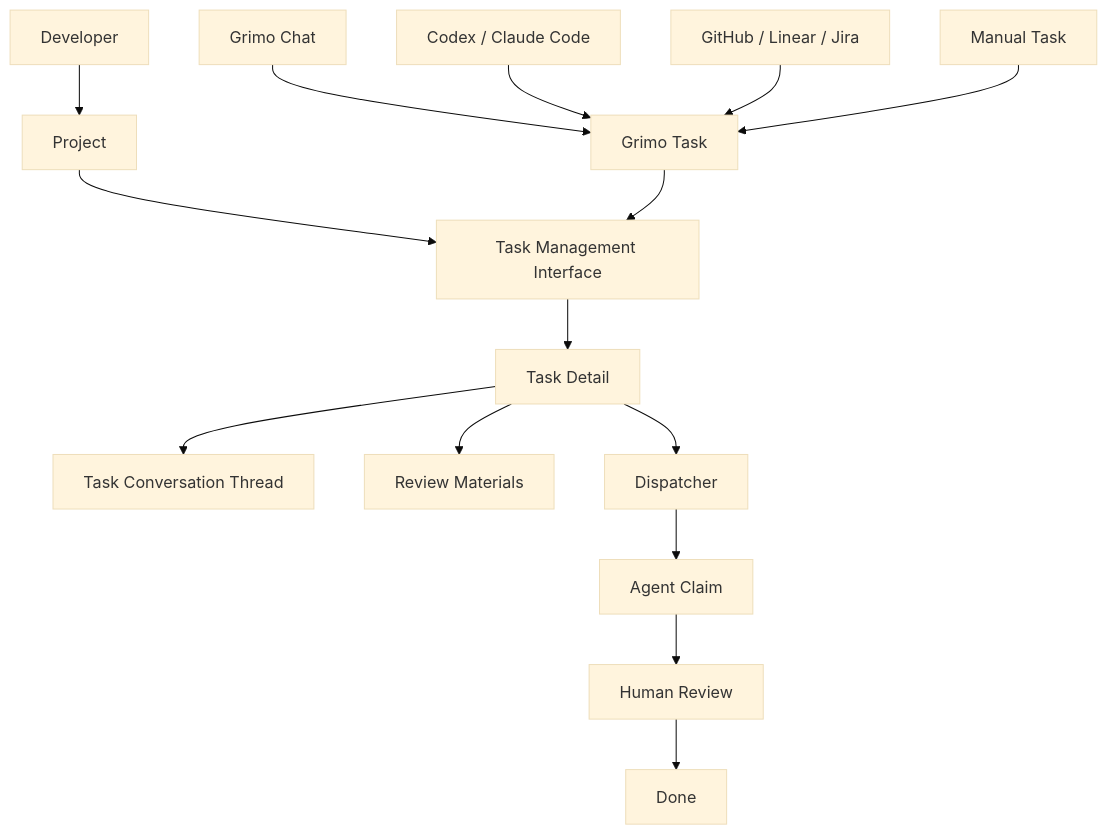
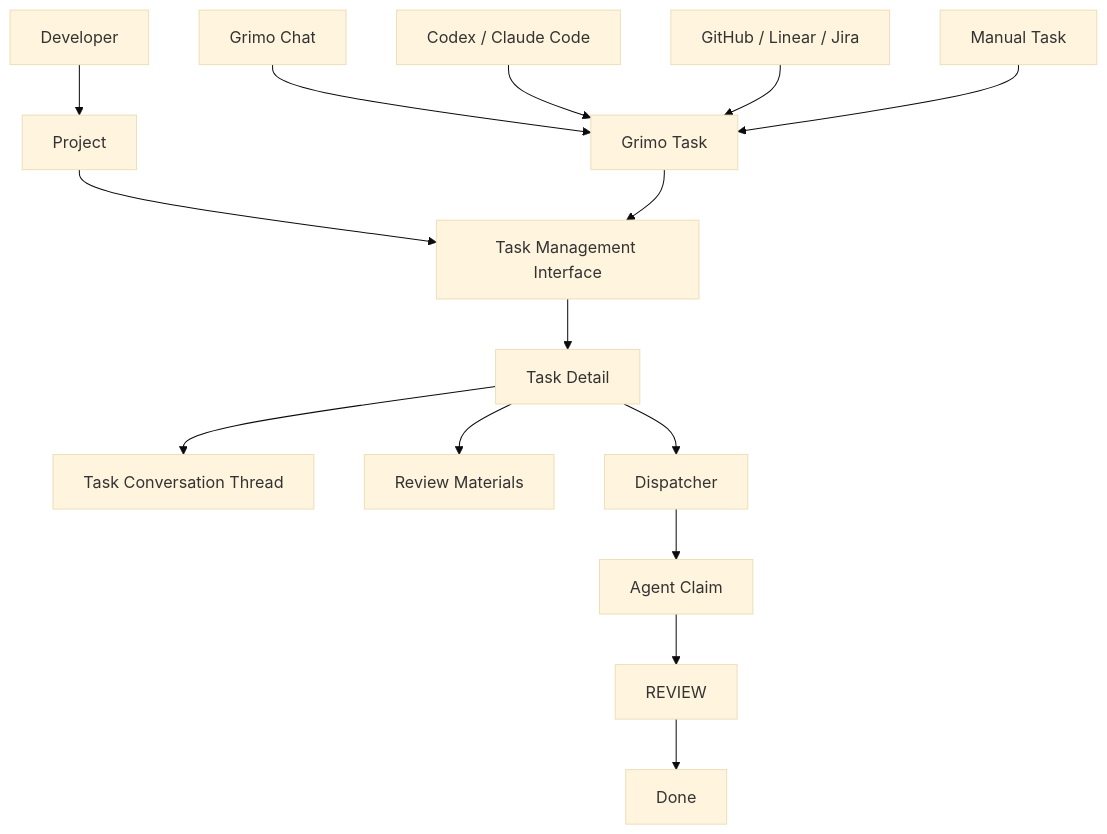
The first of 14 diagrams in docs/grimo/PRD.md (samzhu/grimoAPP), drawn with Mermaid (base theme) before and after one commit. The commit also changed other lines of this file and 30 other files, not shown here.

````diff
--- a/docs/grimo/PRD.md
+++ b/docs/grimo/PRD.md
@@ -19,19 +19,19 @@
 ```mermaid
 flowchart TD
   User["Developer"] --> Project["Project"]
   Project --> Workbench["Task Management Interface"]
 
   Chat["Grimo Chat"] --> Task["Grimo Task"]
   Codex["Codex / Claude Code"] --> Task
   Issue["GitHub / Linear / Jira"] --> Task
   Manual["Manual Task"] --> Task
 
   Task --> Workbench
   Workbench --> Detail["Task Detail"]
   Detail --> Thread["Task Conversation Thread"]
   Detail --> Evidence["Review Materials"]
   Detail --> Dispatch["Dispatcher"]
   Dispatch --> Agent["Agent Claim"]
-  Agent --> Review["Human Review"]
+  Agent --> Review["REVIEW"]
   Review --> Done["Done"]
 ```
````
